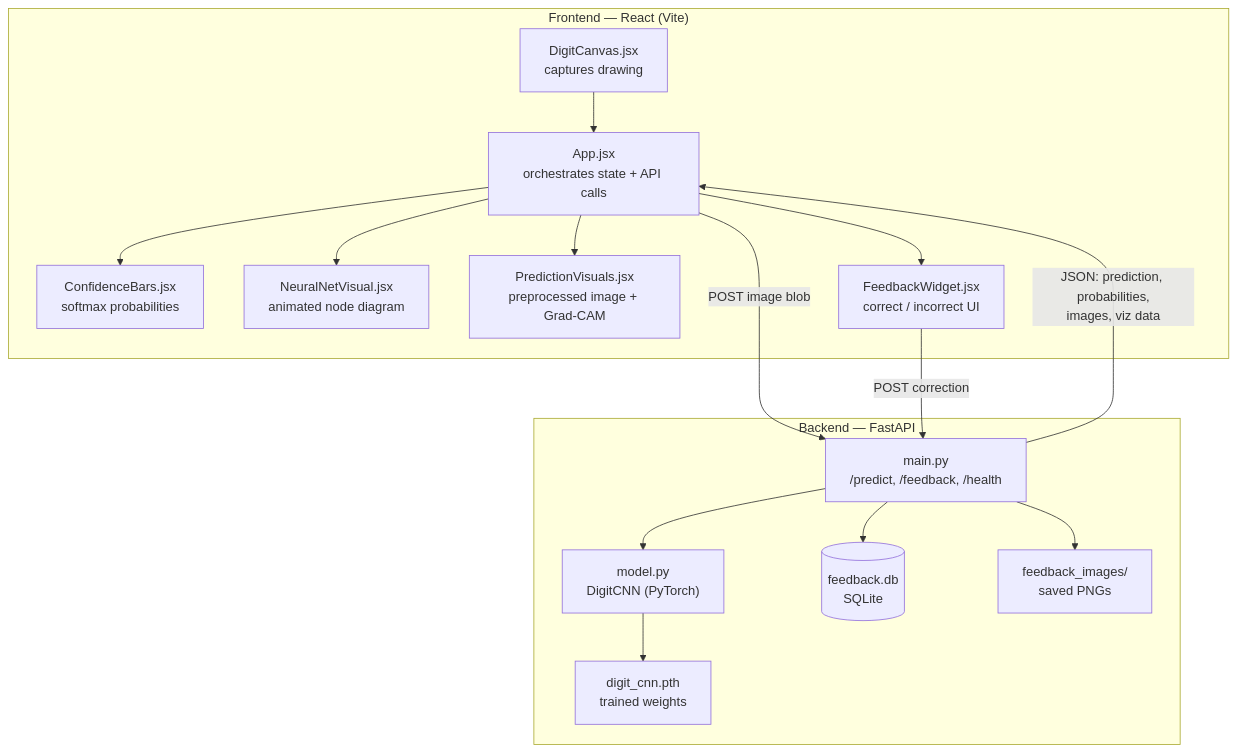
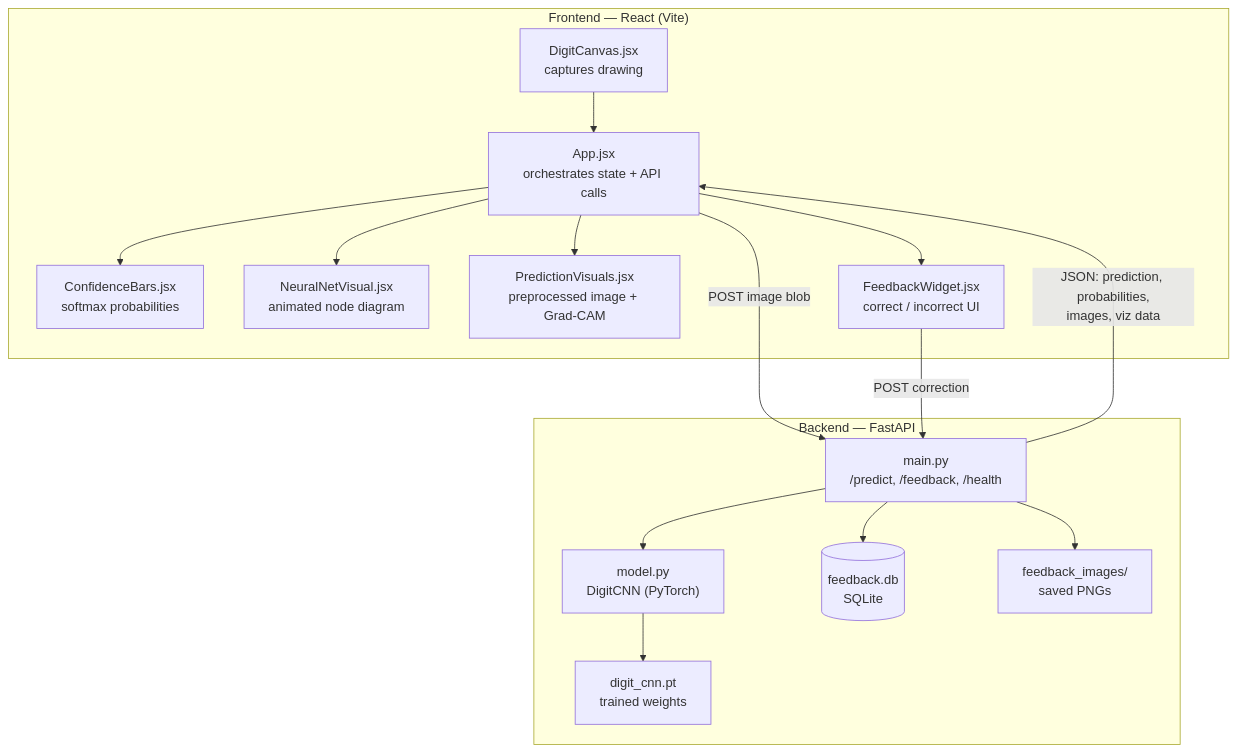
One commit to Srksarawin/Ai-Digit-Recognizer changed the first of 2 diagrams in README.md. Above: the diagram before and after it, drawn with Mermaid.

Commit message:
Update weights file extension from .pth to .pt

````diff
--- a/README.md
+++ b/README.md
@@ -60,32 +60,32 @@
 ```mermaid
 graph TD
     subgraph Frontend["Frontend — React (Vite)"]
         Canvas["DigitCanvas.jsx<br/>captures drawing"]
         Bars["ConfidenceBars.jsx<br/>softmax probabilities"]
         NN["NeuralNetVisual.jsx<br/>animated node diagram"]
         PV["PredictionVisuals.jsx<br/>preprocessed image + Grad-CAM"]
         FB["FeedbackWidget.jsx<br/>correct / incorrect UI"]
         App["App.jsx<br/>orchestrates state + API calls"]
     end
 
     subgraph Backend["Backend — FastAPI"]
         Main["main.py<br/>/predict, /feedback, /health"]
         Model["model.py<br/>DigitCNN (PyTorch)"]
-        Weights["digit_cnn.pth<br/>trained weights"]
+        Weights["digit_cnn.pt<br/>trained weights"]
         DB[("feedback.db<br/>SQLite")]
         Imgs["feedback_images/<br/>saved PNGs"]
     end
 
     Canvas --> App
     App -->|POST image blob| Main
     Main --> Model
     Model --> Weights
     Main -->|JSON: prediction, probabilities,<br/>images, viz data| App
     App --> Bars
     App --> NN
     App --> PV
     App --> FB
     FB -->|POST correction| Main
     Main --> DB
     Main --> Imgs
 ```
````
